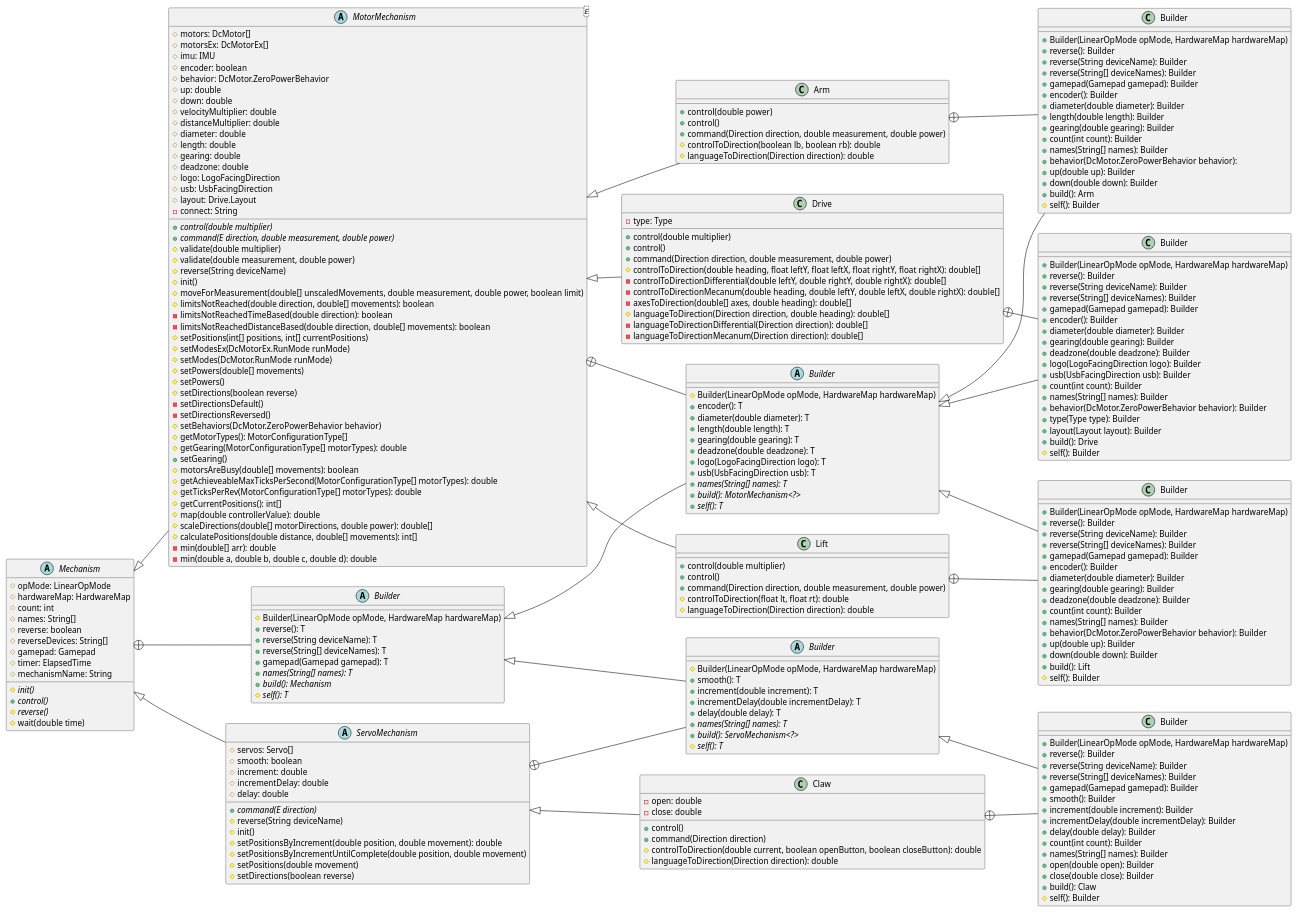
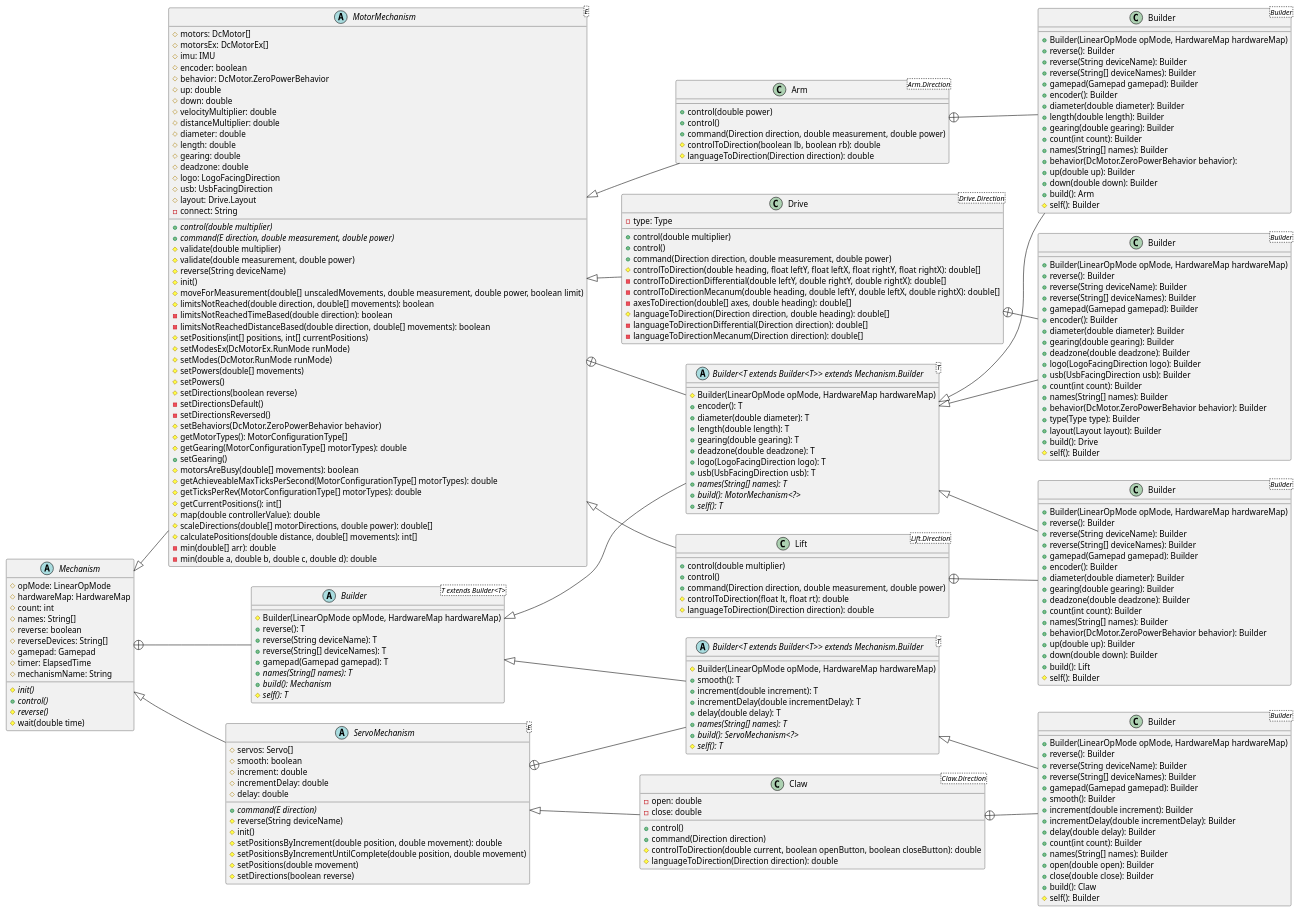
One commit to Collegiate-Edu-Nation/easy-ftc changed the diagram in docs/uml/src/mechanism.puml. Above: the diagram before and after it, drawn with PlantUML. The commit also changed 1 other file, not shown here.

Commit message:
uml: add generics

```diff
--- a/docs/uml/src/mechanism.puml
+++ b/docs/uml/src/mechanism.puml
@@ -18,7 +18,7 @@
     # wait(double time)
 }
 
-abstract class "Builder" as Mechanism_Builder {
+abstract class "Builder<T extends Builder<T>>" as Mechanism_Builder {
     # Builder(LinearOpMode opMode, HardwareMap hardwareMap)
     + reverse(): T
     + reverse(String deviceName): T
@@ -80,7 +80,7 @@
     - min(double a, double b, double c, double d): double
 }
 
-abstract class ServoMechanism {
+abstract class ServoMechanism<E> {
     # servos: Servo[]
     # smooth: boolean
     # increment: double
@@ -95,7 +95,7 @@
     # setDirections(boolean reverse)
 }
 
-abstract class "Builder" as MotorMechanism_Builder {
+abstract class "Builder<T extends Builder<T>> extends Mechanism.Builder<T>" as MotorMechanism_Builder {
     # Builder(LinearOpMode opMode, HardwareMap hardwareMap)
     + encoder(): T
     + diameter(double diameter): T
@@ -109,7 +109,7 @@
     {abstract}+ self(): T
 }
 
-abstract class "Builder" as ServoMechanism_Builder {
+abstract class "Builder<T extends Builder<T>> extends Mechanism.Builder<T>" as ServoMechanism_Builder {
     # Builder(LinearOpMode opMode, HardwareMap hardwareMap)
     + smooth(): T
     + increment(double increment): T
@@ -120,7 +120,7 @@
     {abstract}# self(): T
 }
 
-class Arm {
+class Arm<Arm.Direction> {
     + control(double power)
     + control()
     + command(Direction direction, double measurement, double power)
@@ -128,7 +128,7 @@
     # languageToDirection(Direction direction): double
 }
 
-class Claw {
+class Claw<Claw.Direction> {
     - open: double
     - close: double
     + control()
@@ -137,7 +137,7 @@
     # languageToDirection(Direction direction): double
 }
 
-class Drive {
+class Drive<Drive.Direction> {
     - type: Type
     + control(double multiplier)
     + control()
@@ -151,7 +151,7 @@
     - languageToDirectionMecanum(Direction direction): double[]
 }
 
-class Lift {
+class Lift<Lift.Direction> {
     + control(double multiplier)
     + control()
     + command(Direction direction, double measurement, double power)
@@ -159,7 +159,7 @@
     # languageToDirection(Direction direction): double
 }
 
-class "Builder" as Arm_Builder {
+class "Builder<Builder>" as Arm_Builder {
     + Builder(LinearOpMode opMode, HardwareMap hardwareMap)
     + reverse(): Builder
     + reverse(String deviceName): Builder
@@ -178,7 +178,7 @@
     # self(): Builder
 }
 
-class "Builder" as Claw_Builder {
+class "Builder<Builder>" as Claw_Builder {
     + Builder(LinearOpMode opMode, HardwareMap hardwareMap)
     + reverse(): Builder
     + reverse(String deviceName): Builder
@@ -196,7 +196,7 @@
     # self(): Builder
 }
 
-class "Builder" as Drive_Builder {
+class "Builder<Builder>" as Drive_Builder {
     + Builder(LinearOpMode opMode, HardwareMap hardwareMap)
     + reverse(): Builder
     + reverse(String deviceName): Builder
@@ -217,7 +217,7 @@
     # self(): Builder
 }
 
-class "Builder" as Lift_Builder {
+class "Builder<Builder>" as Lift_Builder {
     + Builder(LinearOpMode opMode, HardwareMap hardwareMap)
     + reverse(): Builder
     + reverse(String deviceName): Builder
```
